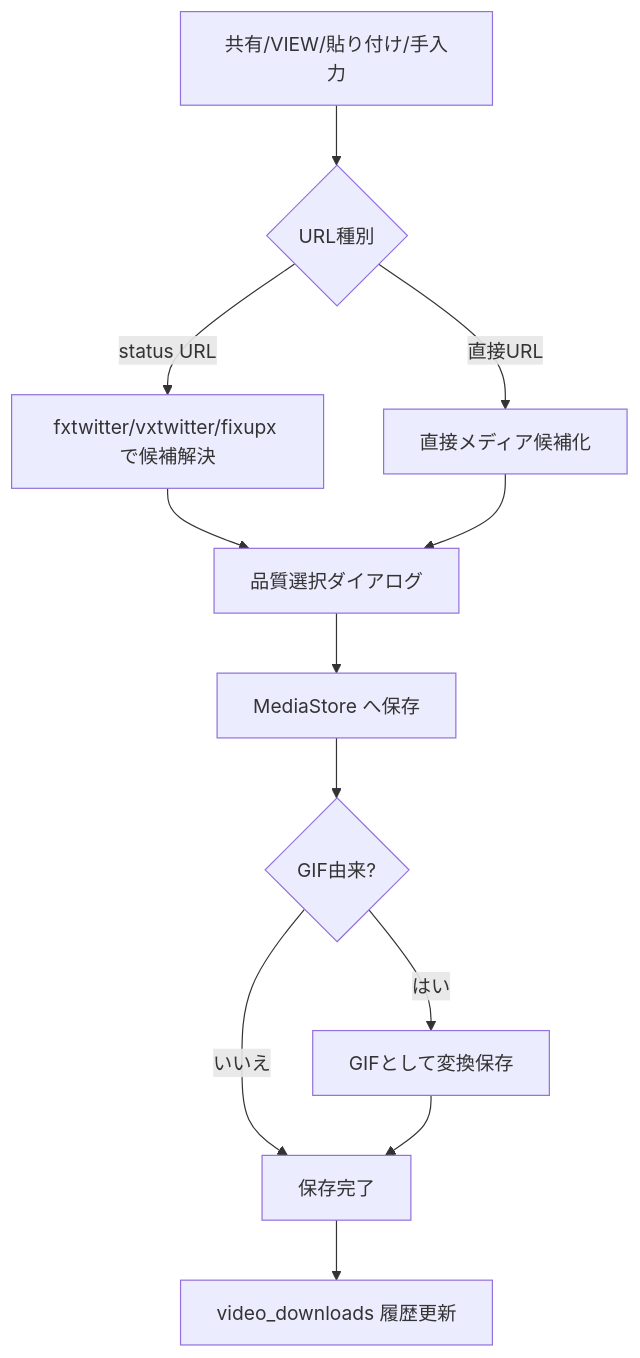
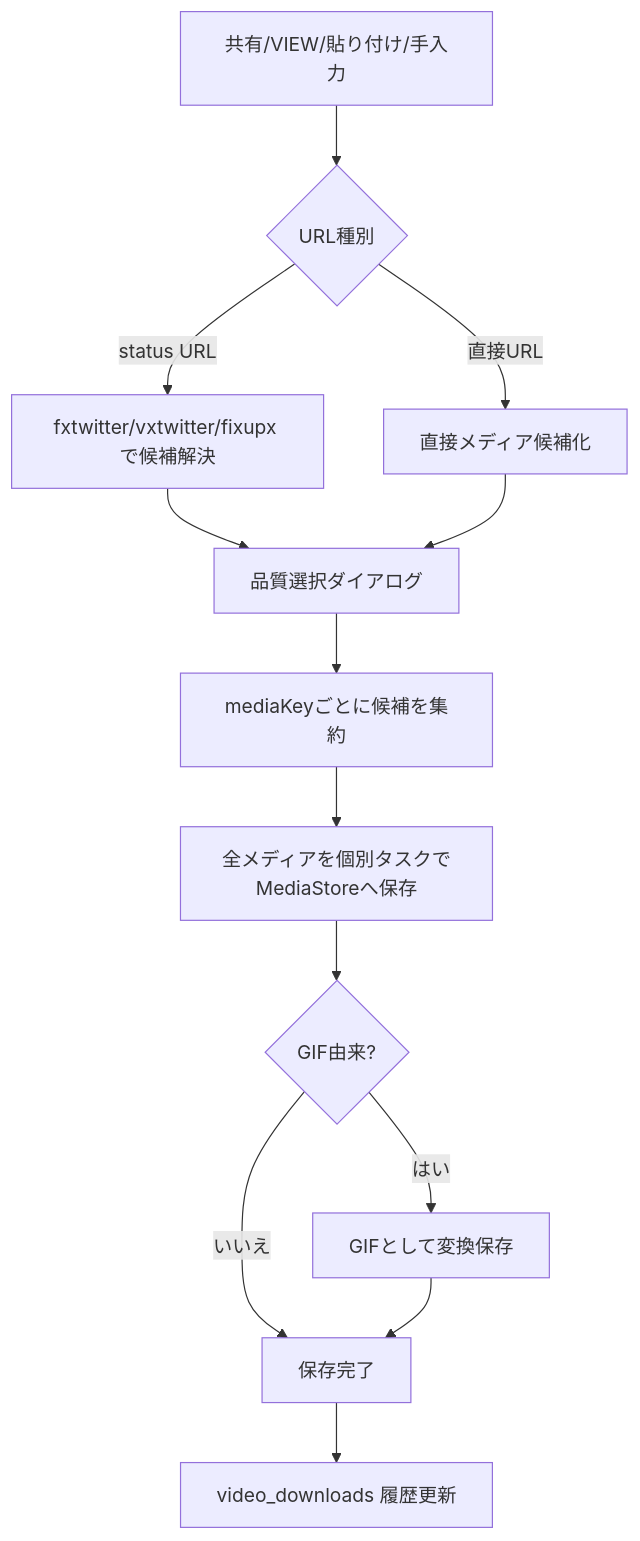
One commit to Ksan1333/Gallery changed the second of 4 diagrams in docs/detail_design/05_x_downloader.md. Above: the diagram before and after it, drawn with Mermaid. The commit also changed other lines of this file and 91 other files, not shown here.

````diff
--- a/docs/detail_design/05_x_downloader.md
+++ b/docs/detail_design/05_x_downloader.md
@@ -77,14 +77,15 @@
 ```mermaid
 flowchart TD
     Entry["共有/VIEW/貼り付け/手入力"] --> Detect{"URL種別"}
     Detect -->|status URL| Resolve["fxtwitter/vxtwitter/fixupx で候補解決"]
     Detect -->|直接URL| Candidate["直接メディア候補化"]
     Resolve --> Options["品質選択ダイアログ"]
     Candidate --> Options
-    Options --> Download["MediaStore へ保存"]
+    Options --> Group["mediaKeyごとに候補を集約"]
+    Group --> Download["全メディアを個別タスクでMediaStoreへ保存"]
     Download --> Gif{"GIF由来?"}
     Gif -->|はい| Transcode["GIFとして変換保存"]
     Gif -->|いいえ| Complete["保存完了"]
     Transcode --> Complete
     Complete --> History["video_downloads 履歴更新"]
 ```
````
